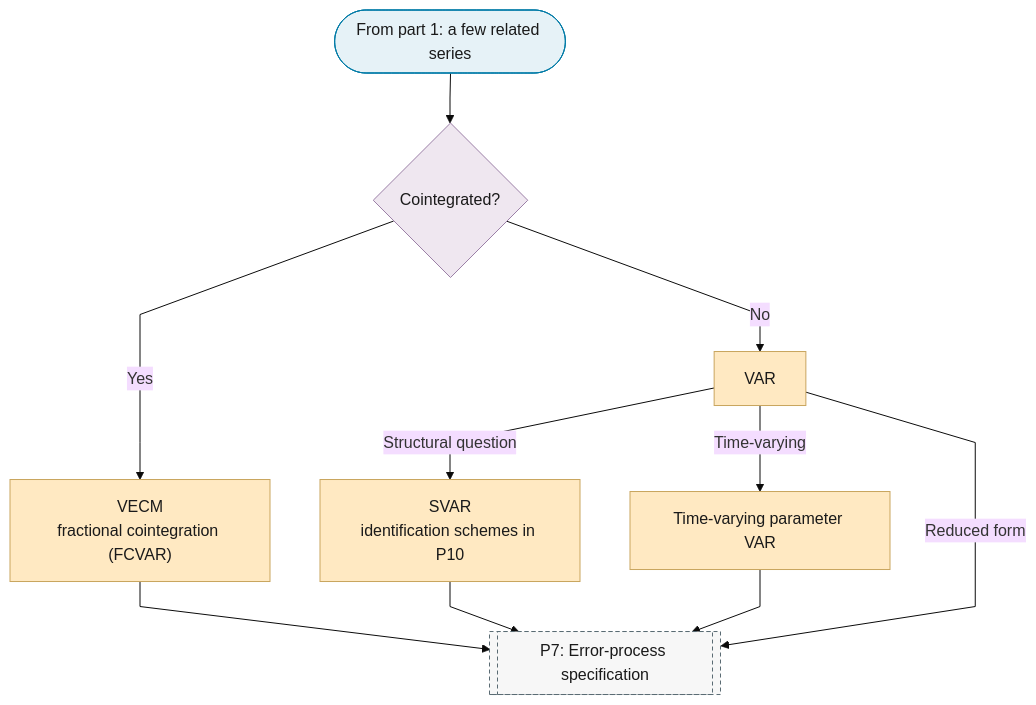
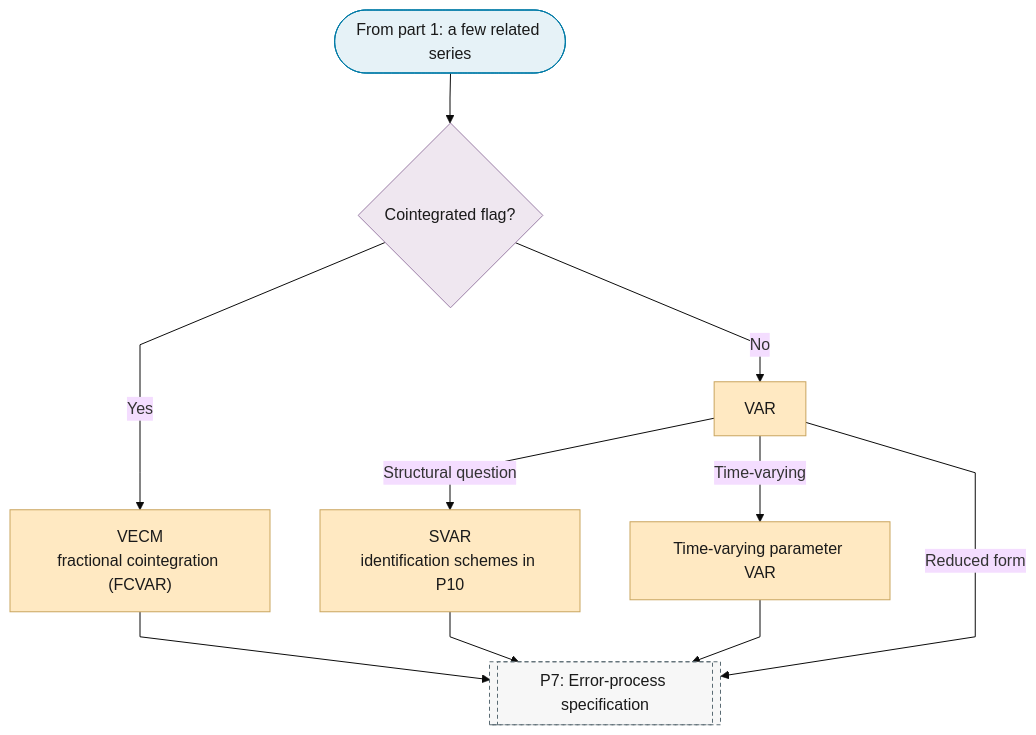
Before and after one commit to Shuxin-Y/time-series-analysis-manual: the second of 10 diagrams in docs/01-workflow/p06-mean-model-class.md, drawn with Mermaid (base theme). The commit also changed 3 other files, not shown here.

First line of the commit message:
fix(flowchart): P3 produces the cointegrated flag (rev1 R3-1, rev3 R2)

````diff
--- a/docs/01-workflow/p06-mean-model-class.md
+++ b/docs/01-workflow/p06-mean-model-class.md
@@ -49,23 +49,23 @@
 ```mermaid
 %%{init: {"flowchart": {"curve": "linear"}}}%%
 graph TD
-    P6_PART_2_IN(["From part 1: a few related series"]) --> P6_COINTEGRATED{"Cointegrated?"}
+    P6_PART_2_IN(["From part 1: a few related series"]) --> P6_COINTEGRATED{"Cointegrated flag?"}
     P6_COINTEGRATED -->|"Yes"| P6_VECM["VECM<br/>fractional cointegration (FCVAR)"]
     P6_COINTEGRATED -->|"No"| P6_VAR["VAR"]
     P6_VAR -->|"Structural question"| P6_SVAR["SVAR<br/>identification schemes in P10"]
     P6_VAR -->|"Time-varying"| P6_TVP_VAR["Time-varying parameter VAR"]
     P6_VAR -->|"Reduced form"| P7
     P6_VECM & P6_SVAR & P6_TVP_VAR --> P7[["P7: Error-process specification"]]
     class P6_VECM,P6_VAR,P6_SVAR,P6_TVP_VAR escalate
     class P6_PART_2_IN terminator
     class P6_COINTEGRATED decision
     class P7 ref
     classDef terminator fill:#E6F2F7,stroke:#007BA7,color:#1A1A1A;
     classDef process fill:#FFFFFF,stroke:#5A6B73,color:#1A1A1A;
     classDef decision fill:#EFE7F0,stroke:#9B7FA7,color:#1A1A1A;
     classDef data fill:#FFF4E0,stroke:#C9A55E,color:#1A1A1A;
     classDef good fill:#DCEFD8,stroke:#4A7A3F,color:#1A1A1A;
     classDef escalate fill:#FFE9C2,stroke:#C9A55E,color:#1A1A1A;
     classDef problem fill:#F2D9DE,stroke:#800020,color:#1A1A1A;
     classDef ref fill:#F7F7F7,stroke:#5A6B73,color:#1A1A1A,stroke-dasharray:4 3;
 ```
````
